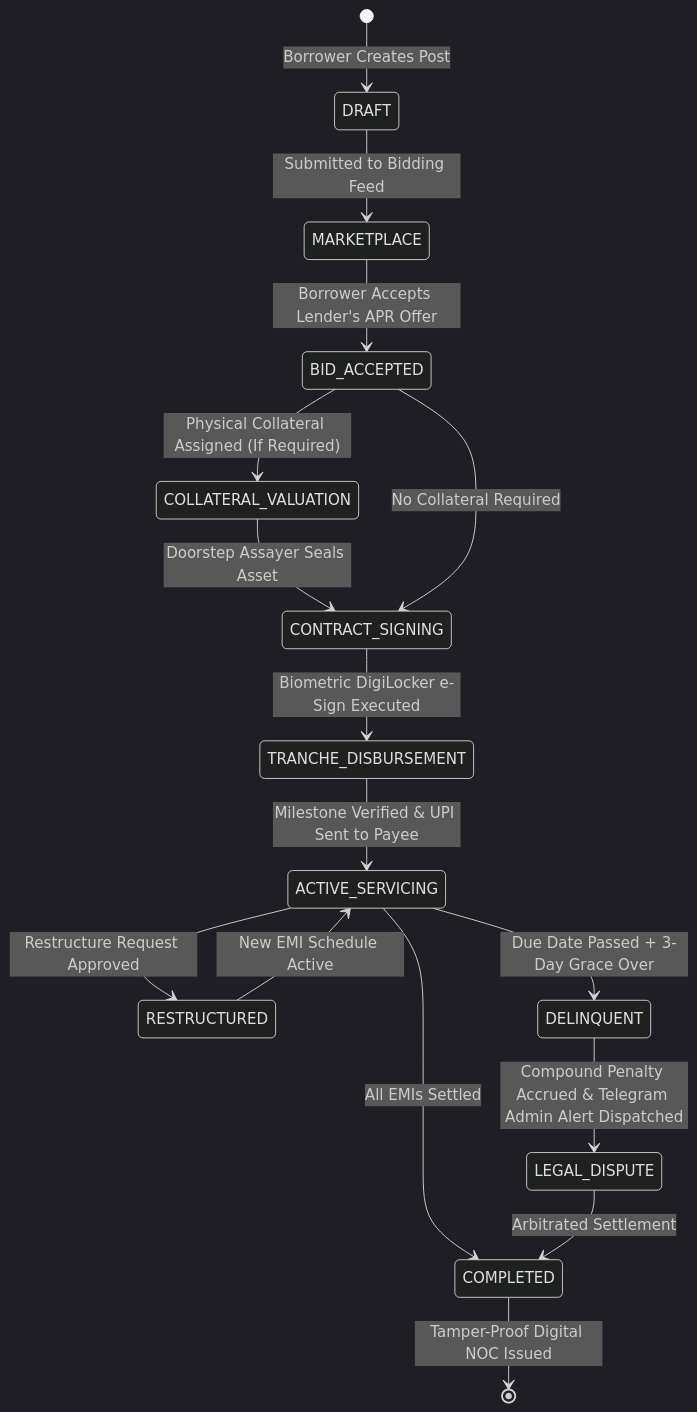
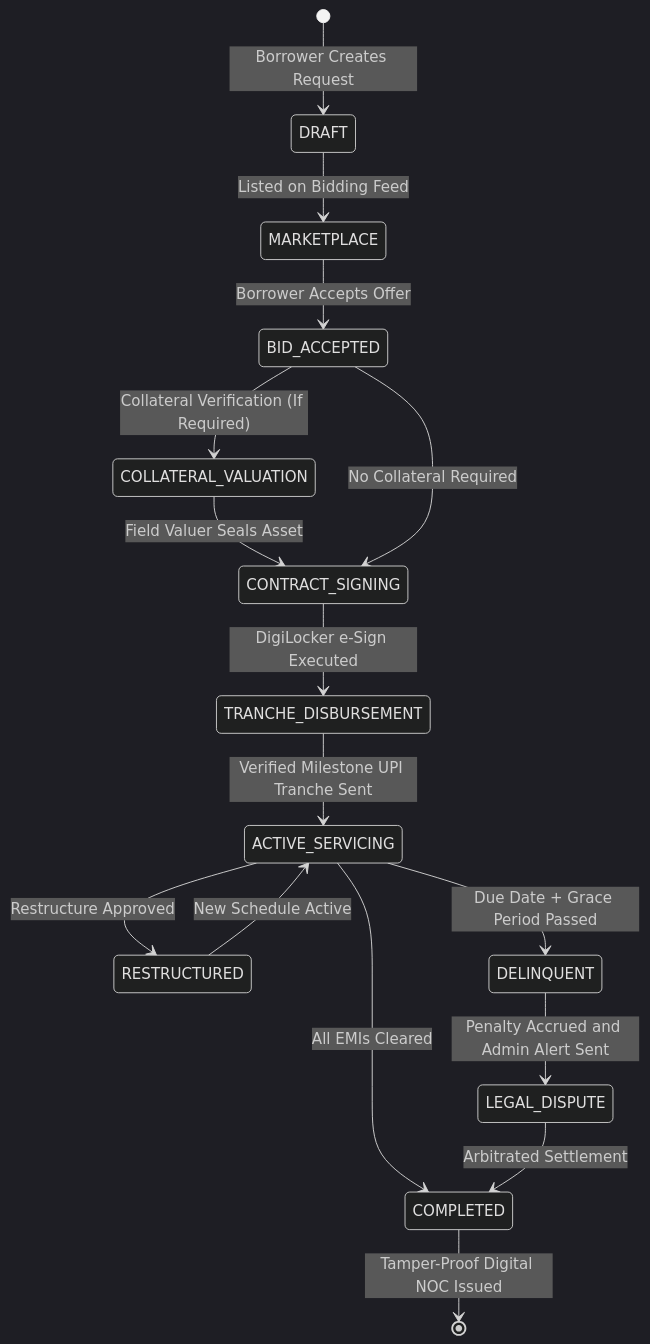
One commit to Satya0810/Loanzo changed the second of 3 diagrams in README.md. Above: the diagram before and after it, drawn with Mermaid (dark theme). The commit also changed other lines of this file, not shown here.

Commit message:
fix: correct Mermaid diagram syntax for GitHub markdown rich display

````diff
--- a/README.md
+++ b/README.md
@@ -173,18 +173,18 @@
 ```mermaid
 stateDiagram-v2
-    [*] --> DRAFT: Borrower Creates Post
-    DRAFT --> MARKETPLACE: Submitted to Bidding Feed
-    MARKETPLACE --> BID_ACCEPTED: Borrower Accepts Lender's APR Offer
-    BID_ACCEPTED --> COLLATERAL_VALUATION: Physical Collateral Assigned (If Required)
-    COLLATERAL_VALUATION --> CONTRACT_SIGNING: Doorstep Assayer Seals Asset
+    [*] --> DRAFT: Borrower Creates Request
+    DRAFT --> MARKETPLACE: Listed on Bidding Feed
+    MARKETPLACE --> BID_ACCEPTED: Borrower Accepts Offer
+    BID_ACCEPTED --> COLLATERAL_VALUATION: Collateral Verification (If Required)
+    COLLATERAL_VALUATION --> CONTRACT_SIGNING: Field Valuer Seals Asset
     BID_ACCEPTED --> CONTRACT_SIGNING: No Collateral Required
-    CONTRACT_SIGNING --> TRANCHE_DISBURSEMENT: Biometric DigiLocker e-Sign Executed
-    TRANCHE_DISBURSEMENT --> ACTIVE_SERVICING: Milestone Verified & UPI Sent to Payee
-    ACTIVE_SERVICING --> RESTRUCTURED: Restructure Request Approved
-    RESTRUCTURED --> ACTIVE_SERVICING: New EMI Schedule Active
-    ACTIVE_SERVICING --> DELINQUENT: Due Date Passed + 3-Day Grace Over
-    DELINQUENT --> LEGAL_DISPUTE: Compound Penalty Accrued & Telegram Admin Alert Dispatched
-    ACTIVE_SERVICING --> COMPLETED: All EMIs Settled
+    CONTRACT_SIGNING --> TRANCHE_DISBURSEMENT: DigiLocker e-Sign Executed
+    TRANCHE_DISBURSEMENT --> ACTIVE_SERVICING: Verified Milestone UPI Tranche Sent
+    ACTIVE_SERVICING --> RESTRUCTURED: Restructure Approved
+    RESTRUCTURED --> ACTIVE_SERVICING: New Schedule Active
+    ACTIVE_SERVICING --> DELINQUENT: Due Date + Grace Period Passed
+    DELINQUENT --> LEGAL_DISPUTE: Penalty Accrued and Admin Alert Sent
+    ACTIVE_SERVICING --> COMPLETED: All EMIs Cleared
     LEGAL_DISPUTE --> COMPLETED: Arbitrated Settlement
     COMPLETED --> [*]: Tamper-Proof Digital NOC Issued
 ```
````
